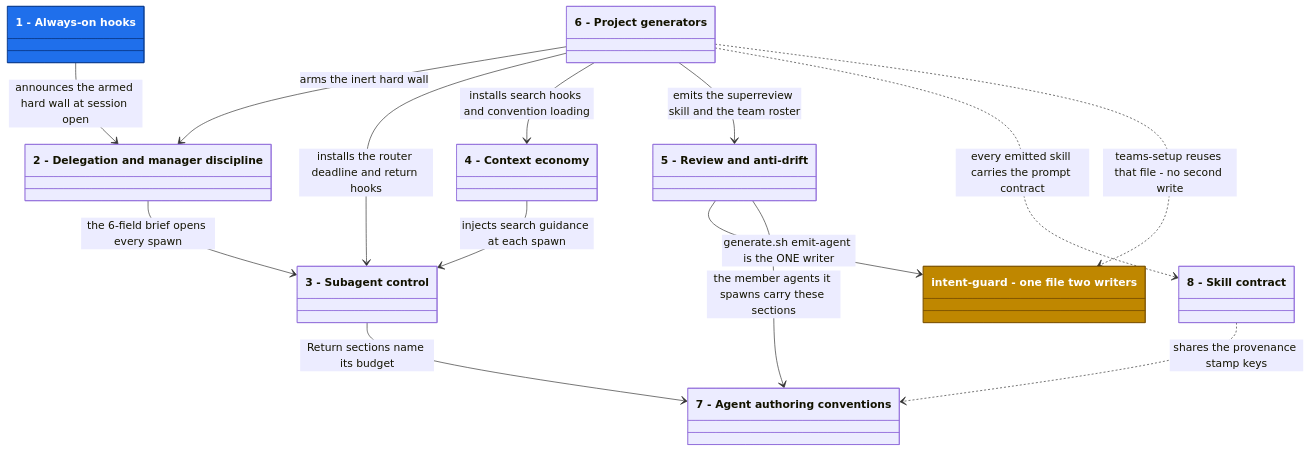
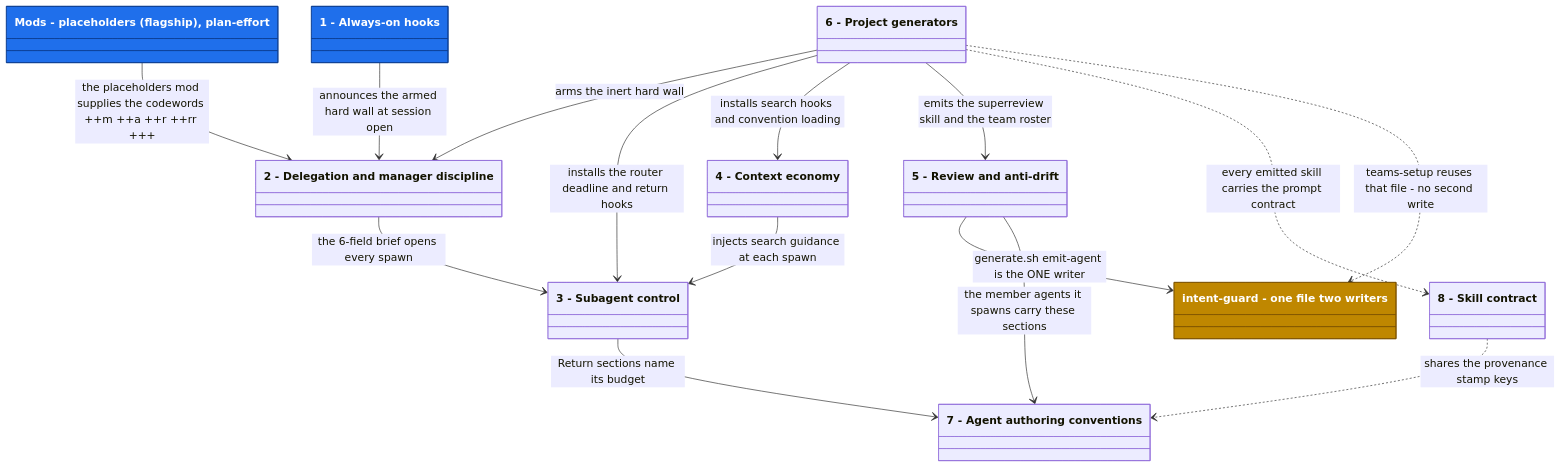
The first of 2 diagrams in APPROACHES.md (kochetkov-ma/claude-brewcode), drawn with Mermaid before and after one commit. The commit also changed other lines of this file and 41 other files, not shown here.

Commit message:
docs(mods): mods first, recommended flow, UPDATE.md, human release notes, update-first warnings, GIF anchors

````diff
--- a/APPROACHES.md
+++ b/APPROACHES.md
@@ -44,31 +139,34 @@
 ```mermaid
 classDiagram
   direction TB
 
+  class S0["Mods - placeholders (flagship), plan-effort"]
   class S1["1 - Always-on hooks"]
   class S2["2 - Delegation and manager discipline"]
   class S3["3 - Subagent control"]
   class S4["4 - Context economy"]
   class S5["5 - Review and anti-drift"]
   class S6["6 - Project generators"]
   class S7["7 - Agent authoring conventions"]
   class S8["8 - Skill contract"]
   class IG["intent-guard - one file two writers"]
 
+  S0 --> S2 : the placeholders mod supplies the codewords ++m ++a ++r ++rr +++
   S1 --> S2 : announces the armed hard wall at session open
   S6 --> S2 : arms the inert hard wall
   S6 --> S3 : installs the router deadline and return hooks
   S6 --> S4 : installs search hooks and convention loading
   S6 --> S5 : emits the superreview skill and the team roster
   S6 ..> S8 : every emitted skill carries the prompt contract
   S6 ..> IG : teams-setup reuses that file - no second write
   S5 --> IG : generate.sh emit-agent is the ONE writer
   S5 --> S7 : the member agents it spawns carry these sections
   S2 --> S3 : the 6-field brief opens every spawn
   S4 --> S3 : injects search guidance at each spawn
   S3 --> S7 : Return sections name its budget
   S8 ..> S7 : shares the provenance stamp keys
 
+  style S0 fill:#1f6feb,stroke:#0b3d91,color:#ffffff
   style S1 fill:#1f6feb,stroke:#0b3d91,color:#ffffff
   style IG fill:#bf8700,stroke:#7d5300,color:#ffffff
 ```
````
